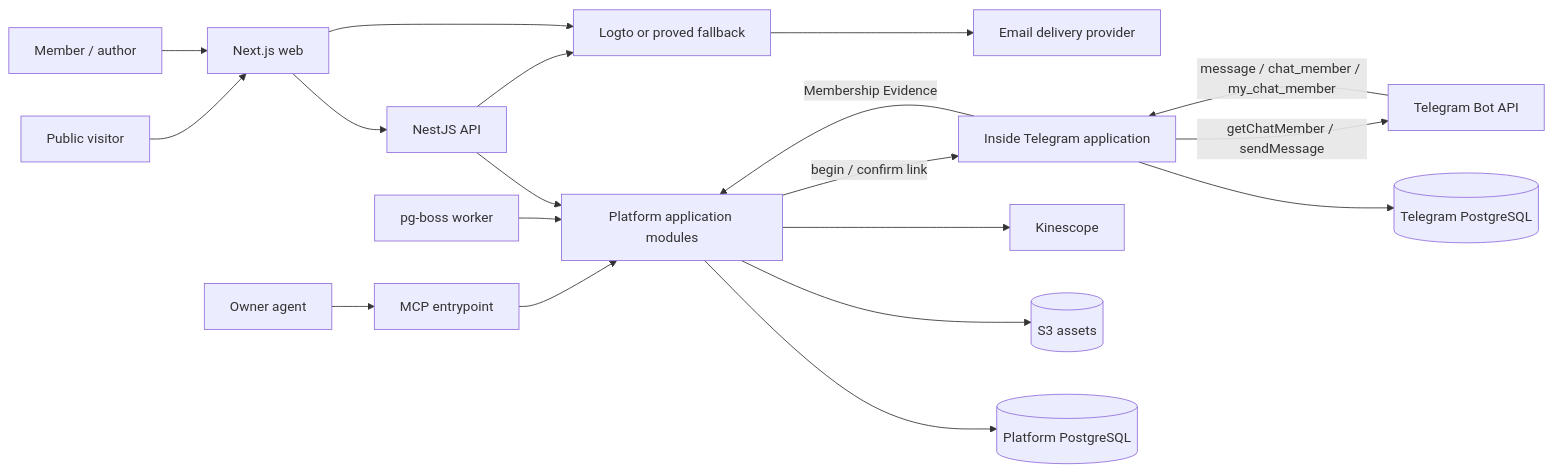
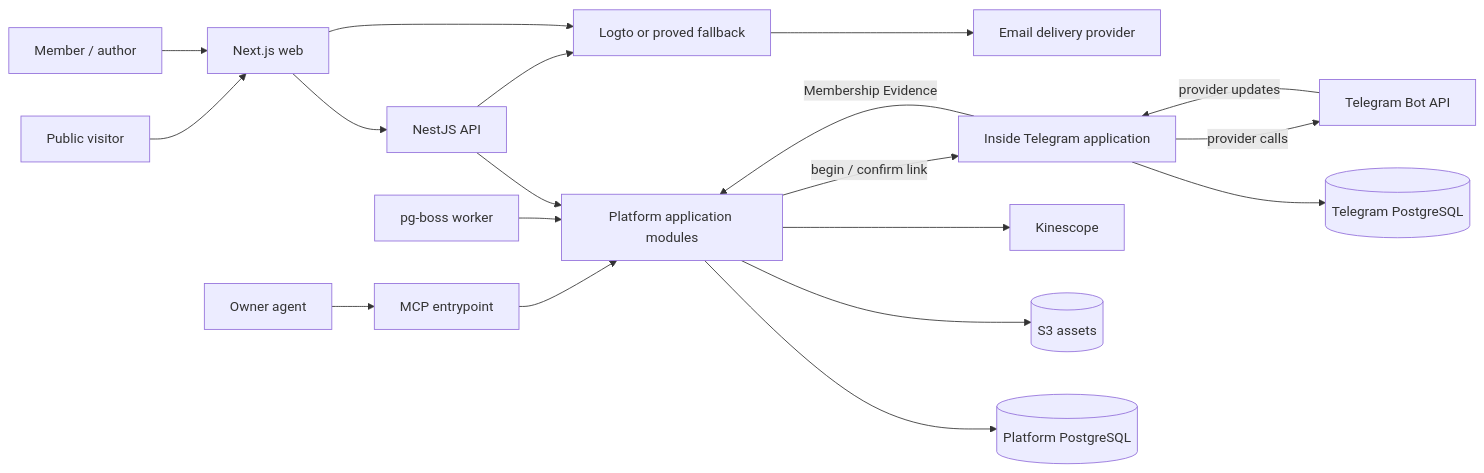
Before and after one commit to sachkov-inside/workspace: the first of 2 diagrams in docs/specifications/platform-v1.md, drawn with Mermaid. The commit also changed other lines of this file and 1 other file, not shown here.

Commit message:
docs: keep Telegram provider authority singular

````diff
--- a/docs/specifications/platform-v1.md
+++ b/docs/specifications/platform-v1.md
@@ -165,21 +164,21 @@
 ```mermaid
 flowchart LR
     Visitor[Public visitor] --> Web[Next.js web]
     Member[Member / author] --> Web
     Agent[Owner agent] --> MCP[MCP entrypoint]
     Web --> API[NestJS API]
     MCP --> App[Platform application modules]
     API --> App
     Worker[pg-boss worker] --> App
     App --> PDB[(Platform PostgreSQL)]
     App --> S3[(S3 assets)]
     App --> Kin[Kinescope]
     Web --> IdP[Logto or proved fallback]
     API --> IdP
     IdP --> Email[Email delivery provider]
     App -->|begin / confirm link| Tg[Inside Telegram application]
     Tg -->|Membership Evidence| App
     Tg --> TDB[(Telegram PostgreSQL)]
-    Telegram -->|message / chat_member / my_chat_member| Tg
-    Tg -->|getChatMember / sendMessage| Telegram[Telegram Bot API]
+    Telegram -->|provider updates| Tg
+    Tg -->|provider calls| Telegram[Telegram Bot API]
 ```
````
